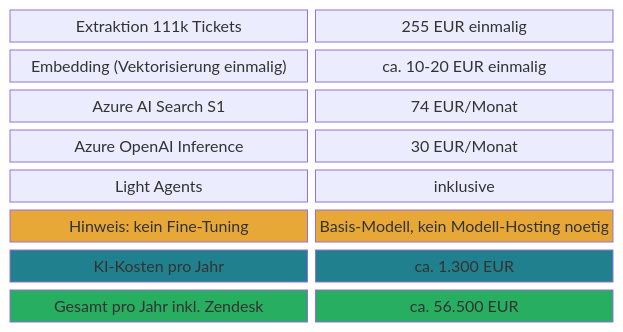
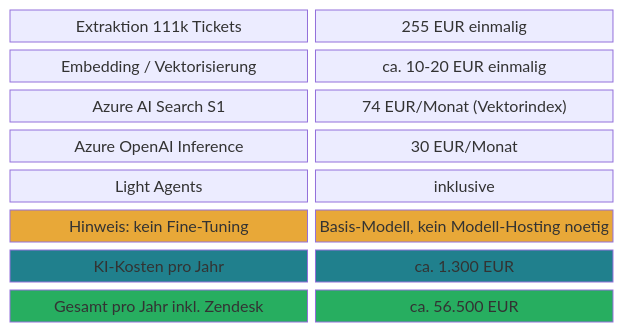
The eighth of 16 diagrams in readme.md (tekknix/zendesk-ai), drawn with Mermaid before and after one commit. The commit also changed other lines of this file, not shown here.

````diff
--- a/readme.md
+++ b/readme.md
@@ -216,19 +253,19 @@
 ```mermaid
 block-beta
     columns 2
     A["Extraktion 111k Tickets"]:1 B["255 EUR einmalig"]:1
-    C["Embedding (Vektorisierung einmalig)"]:1 D["ca. 10-20 EUR einmalig"]:1
-    E["Azure AI Search S1"]:1 F["74 EUR/Monat"]:1
+    C["Embedding / Vektorisierung"]:1 D["ca. 10-20 EUR einmalig"]:1
+    E["Azure AI Search S1"]:1 F["74 EUR/Monat (Vektorindex)"]:1
     G["Azure OpenAI Inference"]:1 H["30 EUR/Monat"]:1
     I["Light Agents"]:1 J["inklusive"]:1
     K["Hinweis: kein Fine-Tuning"]:1 L["Basis-Modell, kein Modell-Hosting noetig"]:1
     M["KI-Kosten pro Jahr"]:1 N["ca. 1.300 EUR"]:1
     O["Gesamt pro Jahr inkl. Zendesk"]:1 P["ca. 56.500 EUR"]:1
 
     style M fill:#20808D,color:#fff
     style N fill:#20808D,color:#fff
     style O fill:#27AE60,color:#fff
     style P fill:#27AE60,color:#fff
     style K fill:#E8A838,color:#333
     style L fill:#E8A838,color:#333
 ```
````
